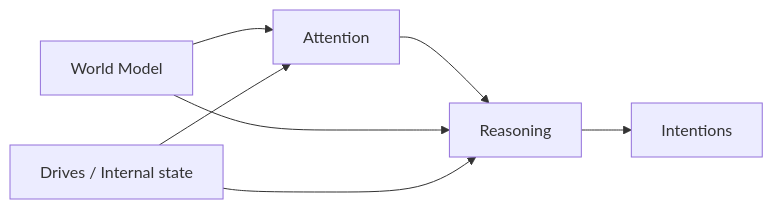
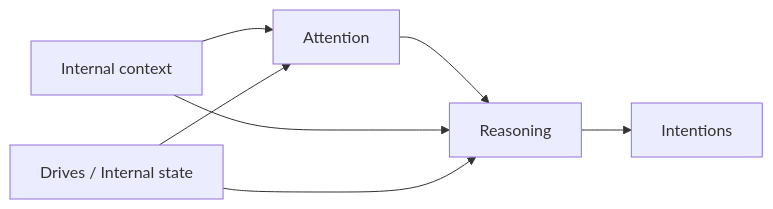
Before and after one commit to skasti/skyn-vaettr: the eighth of 13 diagrams in docs/architecture.md, drawn with Mermaid. The commit also changed other lines of this file, not shown here.

Commit message:
docs: keep internal state representation open

````diff
--- a/docs/architecture.md
+++ b/docs/architecture.md
@@ -439,15 +401,15 @@
 ```mermaid
 flowchart LR
-    WM[World Model]
+    C[Internal context]
     D[Drives / Internal state]
     ATT[Attention]
     R[Reasoning]
     I[Intentions]
 
-    WM --> ATT
+    C --> ATT
     D --> ATT
     ATT --> R
-    WM --> R
+    C --> R
     D --> R
     R --> I
 ```
````
